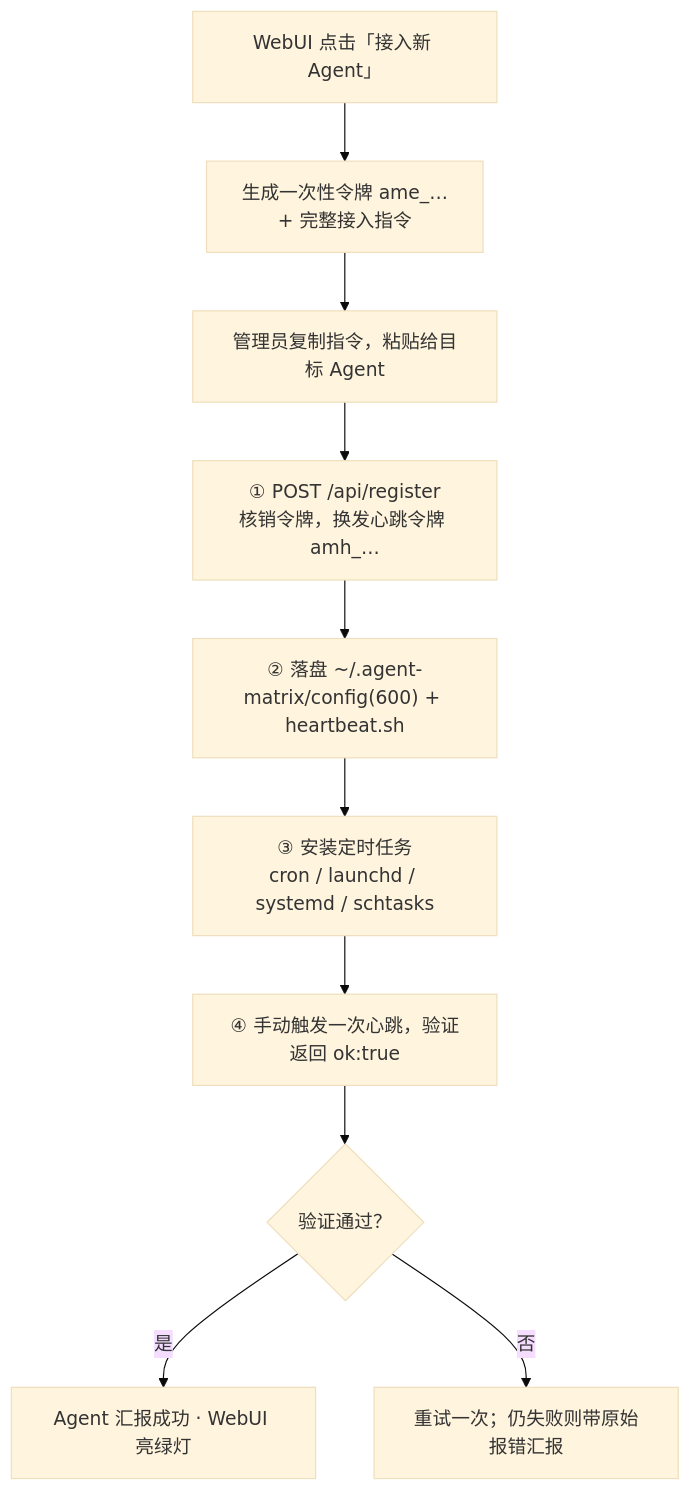
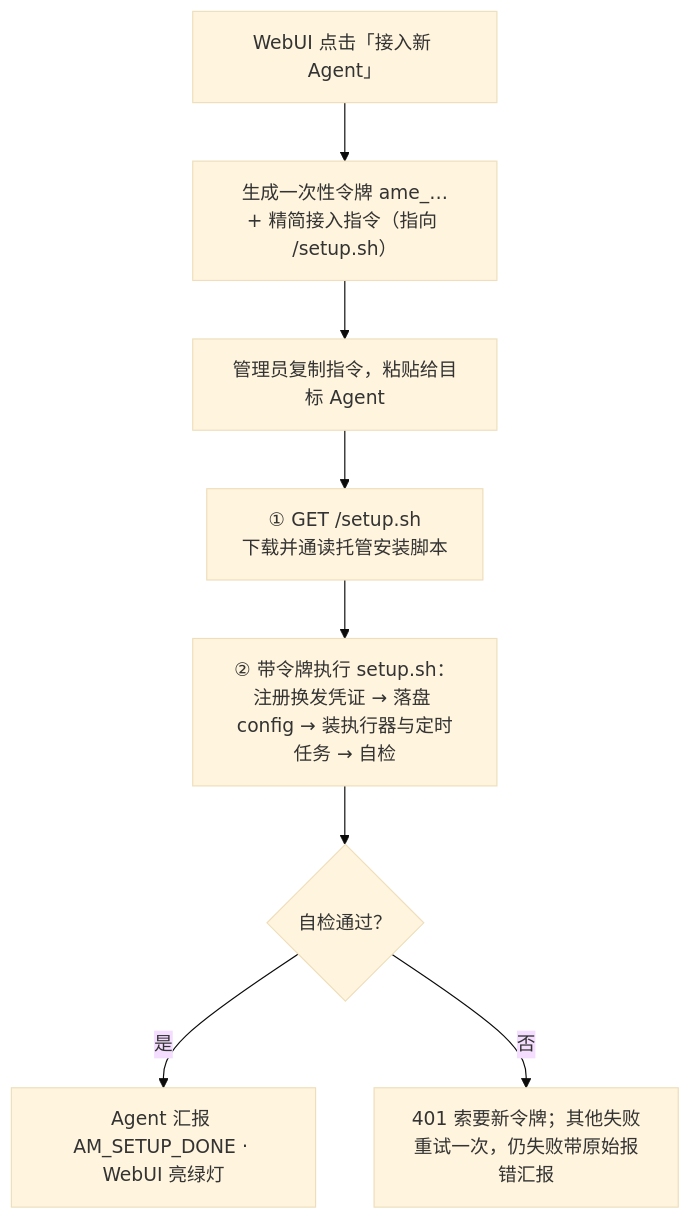
Before and after one commit to HankGuo/agent-matrix: the second of 5 diagrams in README.md, drawn with Mermaid (base theme). The commit also changed other lines of this file and 6 other files, not shown here.

````diff
--- a/README.md
+++ b/README.md
@@ -42,12 +43,10 @@
 ```mermaid
 flowchart TD
-    A["WebUI 点击「接入新 Agent」"] --> B["生成一次性令牌 ame_…<br/>+ 完整接入指令"]
+    A["WebUI 点击「接入新 Agent」"] --> B["生成一次性令牌 ame_…<br/>+ 精简接入指令（指向 /setup.sh）"]
     B --> C["管理员复制指令，粘贴给目标 Agent"]
-    C --> D["① POST /api/register<br/>核销令牌，换发心跳令牌 amh_…"]
-    D --> E["② 落盘 ~/.agent-matrix/config(600) + heartbeat.sh"]
-    E --> F["③ 安装定时任务<br/>cron / launchd / systemd / schtasks"]
-    F --> G["④ 手动触发一次心跳，验证返回 ok:true"]
-    G --> H{"验证通过？"}
-    H -- 是 --> I["Agent 汇报成功 · WebUI 亮绿灯"]
-    H -- 否 --> J["重试一次；仍失败则带原始报错汇报"]
+    C --> D["① GET /setup.sh<br/>下载并通读托管安装脚本"]
+    D --> E["② 带令牌执行 setup.sh：<br/>注册换发凭证 → 落盘 config → 装执行器与定时任务 → 自检"]
+    E --> F{"自检通过？"}
+    F -- 是 --> G["Agent 汇报 AM_SETUP_DONE · WebUI 亮绿灯"]
+    F -- 否 --> H["401 索要新令牌；其他失败重试一次，仍失败带原始报错汇报"]
 ```
````
